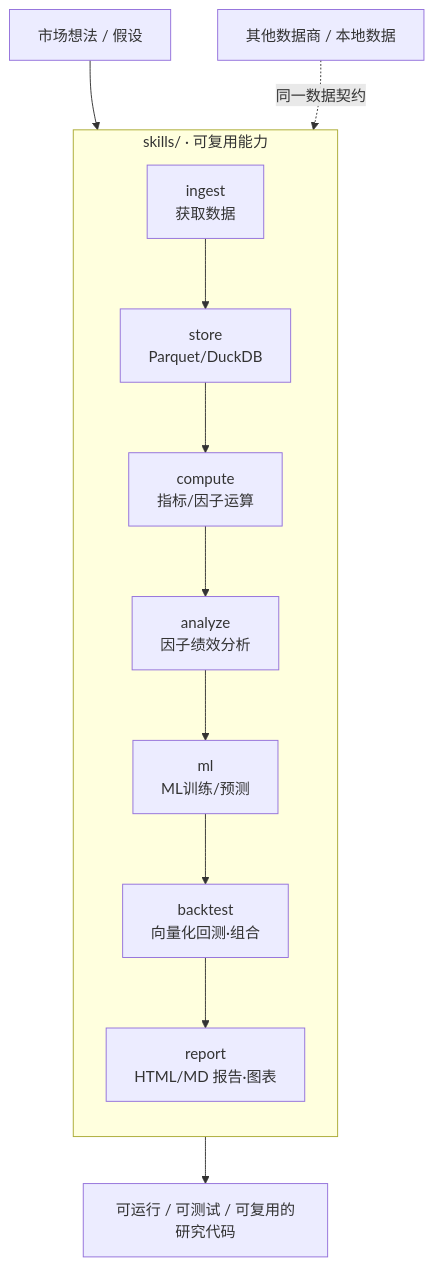
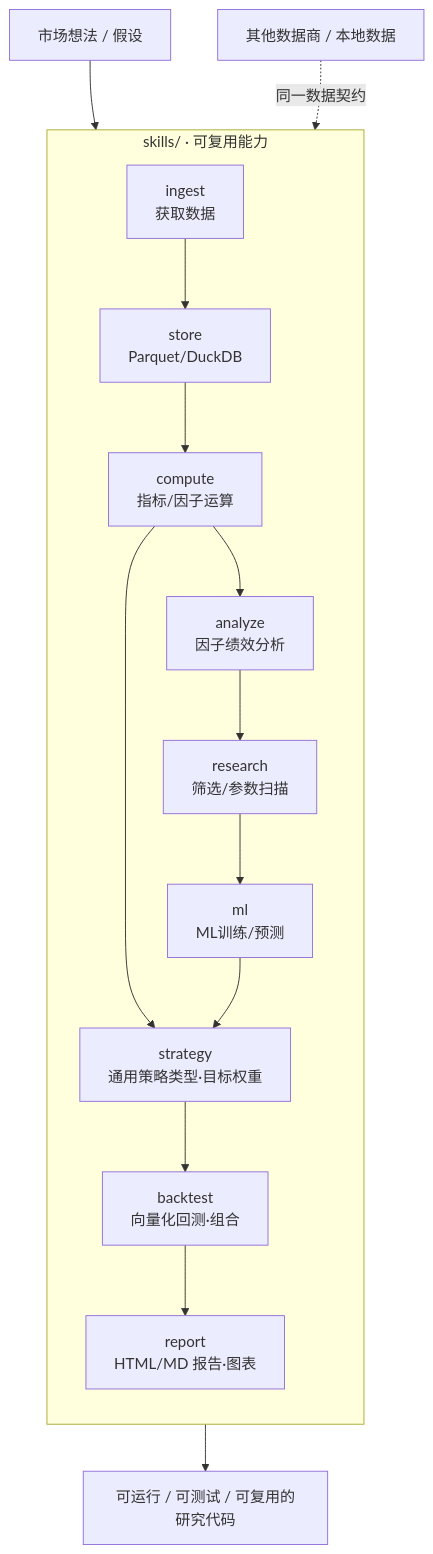
The diagram in README.md (quantskills/agent-quantspace), drawn with Mermaid before and after one commit. The commit also changed other lines of this file and 157 other files, not shown here.

Commit message:
Refactor strategy skills and research workflows

````diff
--- a/README.md
+++ b/README.md
@@ -30,15 +31,18 @@
 ```mermaid
 flowchart TD
     idea["市场想法 / 假设"] --> ingest
     subgraph skills["skills/ · 可复用能力"]
         direction TB
         ingest["ingest<br/>获取数据"] --> store["store<br/>Parquet/DuckDB"]
         store --> compute["compute<br/>指标/因子运算"]
         compute --> analyze["analyze<br/>因子绩效分析"]
-        analyze --> ml["ml<br/>ML训练/预测"]
-        ml --> backtest["backtest<br/>向量化回测·组合"]
+        analyze --> research["research<br/>筛选/参数扫描"]
+        research --> ml["ml<br/>ML训练/预测"]
+        compute --> strategy["strategy<br/>通用策略类型·目标权重"]
+        ml --> strategy
+        strategy --> backtest["backtest<br/>向量化回测·组合"]
         backtest --> report["report<br/>HTML/MD 报告·图表"]
     end
     report --> out["可运行 / 可测试 / 可复用的研究代码"]
     vendor["其他数据商 / 本地数据"] -. 同一数据契约 .-> ingest
 ```
````
